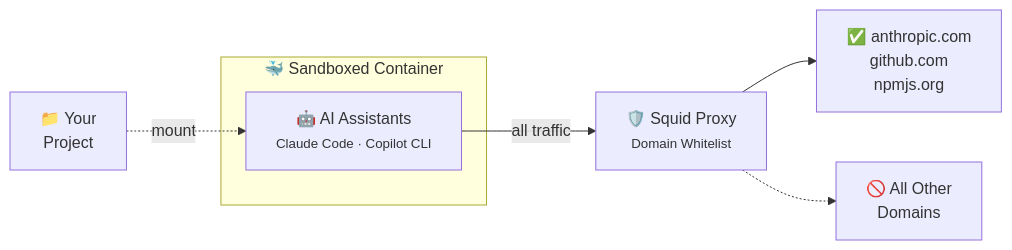
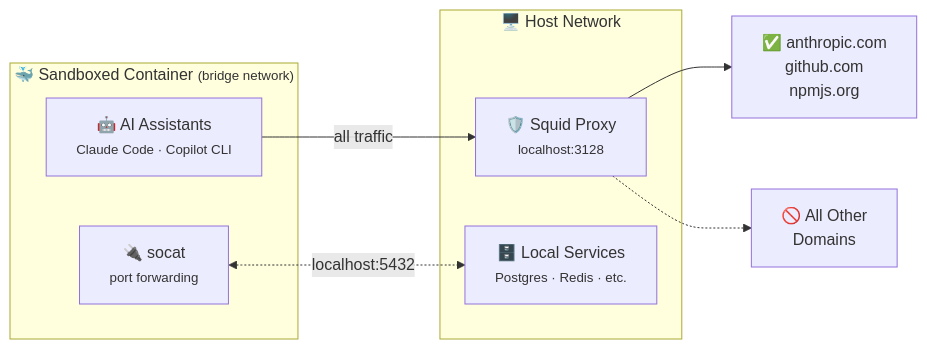
Before and after one commit to rickchristie/govner: the diagram in README.md, drawn with Mermaid. The commit also changed 1 other file, not shown here.

Commit message:
sandb: Update mermaid diagram for clearer explanation

````diff
--- a/README.md
+++ b/README.md
@@ -39,18 +39,20 @@
 ```mermaid
 flowchart LR
-    project["📁 Your<br/>Project"]
-
-    subgraph container["🐳 Sandboxed Container"]
-        ai["🤖 AI Assistants<br/><small>Claude Code · Copilot CLI</small>"]
+    subgraph host["🖥️ Host Network"]
+        proxy["🛡️ Squid Proxy<br/><small>localhost:3128</small>"]
+        services["🗄️ Local Services<br/><small>Postgres · Redis · etc.</small>"]
     end
 
-    proxy["🛡️ Squid Proxy<br/><small>Domain Whitelist</small>"]
+    subgraph container["🐳 Sandboxed Container <small>(bridge network)</small>"]
+        ai["🤖 AI Assistants<br/><small>Claude Code · Copilot CLI</small>"]
+        socat["🔌 socat<br/><small>port forwarding</small>"]
+    end
 
     allowed["✅ anthropic.com<br/>github.com<br/>npmjs.org"]
     blocked["🚫 All Other<br/>Domains"]
 
-    project -.->|"mount"| ai
     ai -->|"all traffic"| proxy
     proxy --> allowed
     proxy -.-> blocked
+    socat <-.->|"localhost:5432"| services
 ```
````
